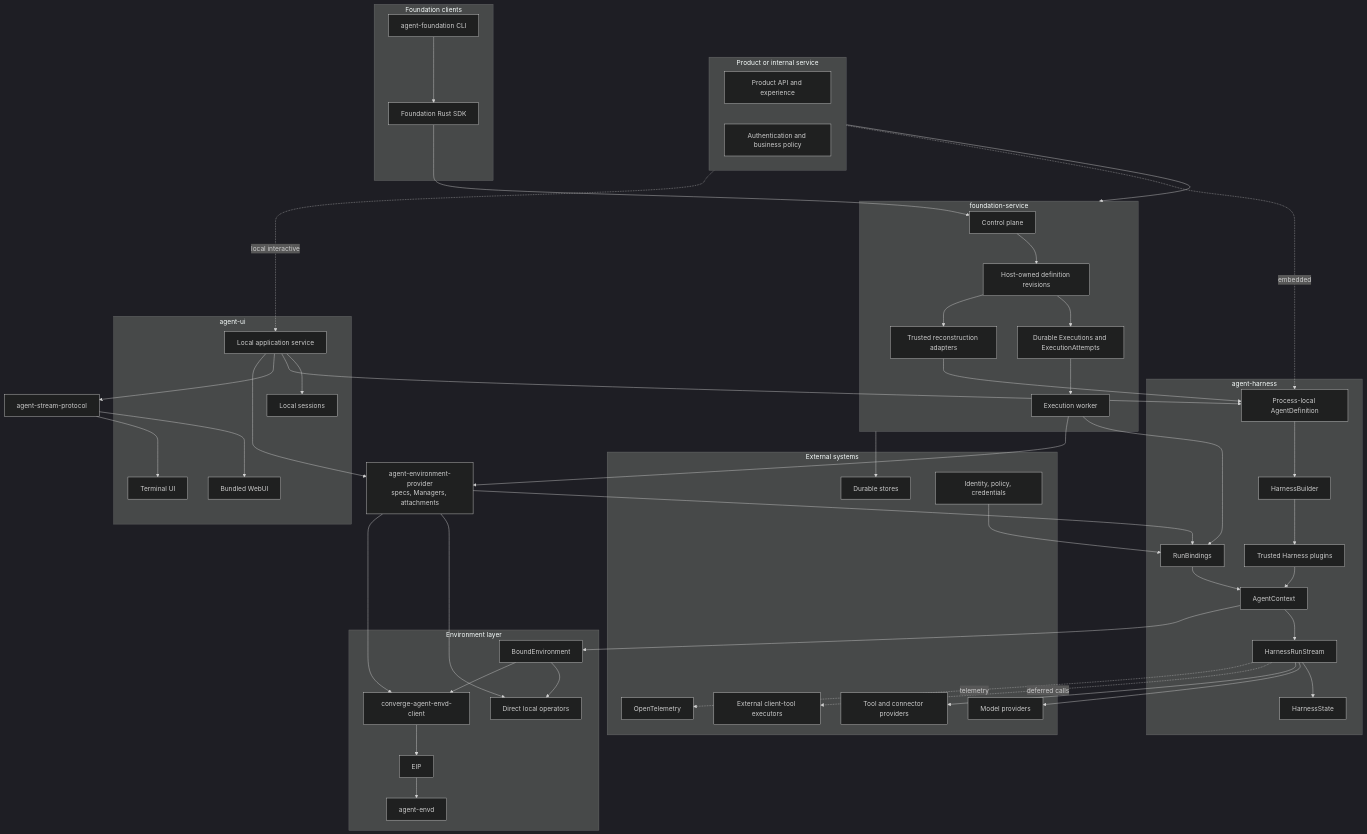
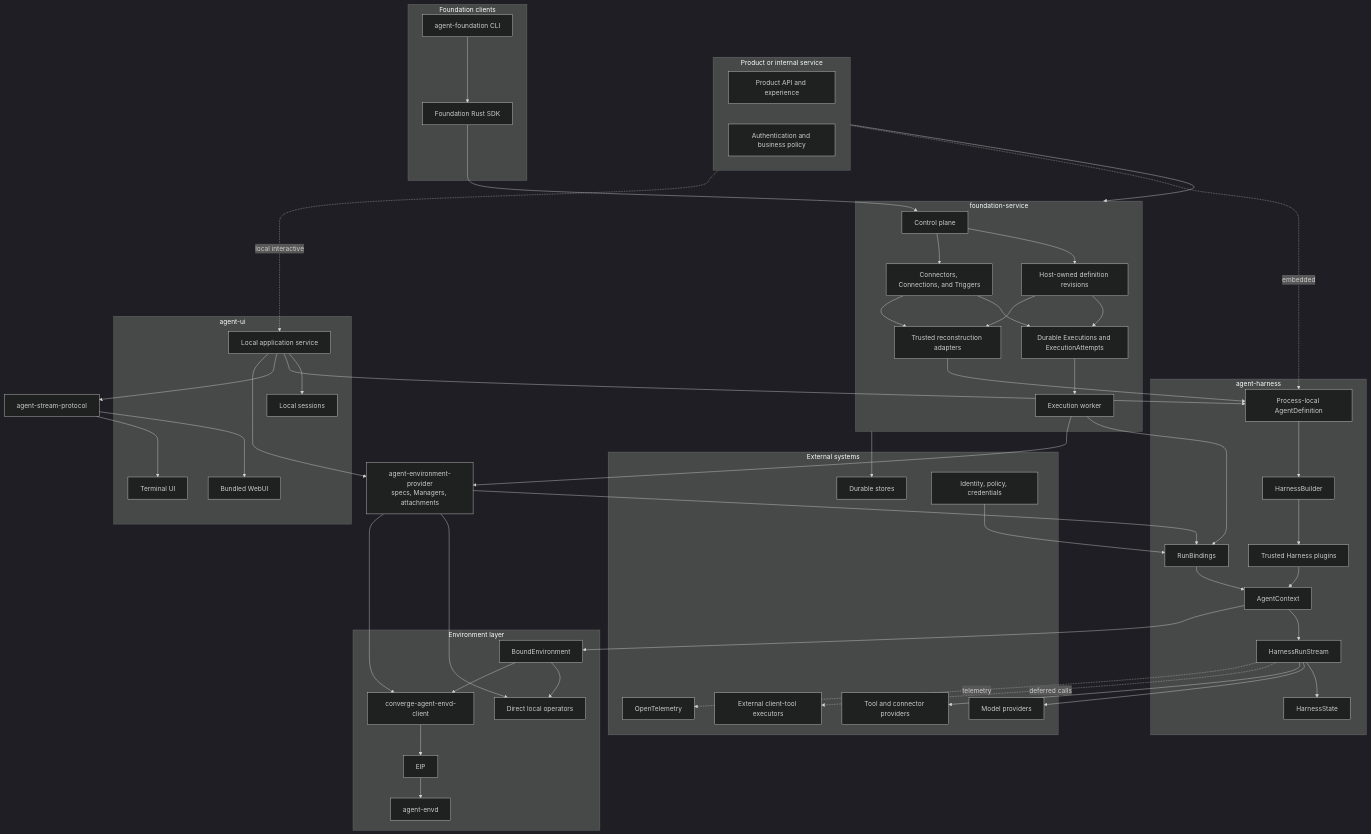
The first of 4 diagrams in spec/README.md (converge-ai-labs/agent-foundation), drawn with Mermaid (dark theme) before and after one commit. The commit also changed other lines of this file and 9 other files, not shown here.

Commit message:
docs(spec): define connectors connections and triggers

```diff
--- a/spec/README.md
+++ b/spec/README.md
@@ -30,6 +30,7 @@
     subgraph Service[foundation-service]
         Control[Control plane]
         Definitions[Host-owned definition revisions]
+        Connectors[Connectors, Connections, and Triggers]
         Lifecycle[Durable Executions and ExecutionAttempts]
         Worker[Execution worker]
         Reconstruct[Trusted reconstruction adapters]
@@ -84,8 +85,9 @@
     AppService --> Sessions
     AppService --> Definition
     AppService --> StreamProtocol --> WebUI & TUI
-    Control --> Definitions --> Lifecycle --> Worker
-    Definitions --> Reconstruct --> Definition
+    Control --> Definitions & Connectors
+    Definitions & Connectors --> Lifecycle --> Worker
+    Definitions & Connectors --> Reconstruct --> Definition
     Definition --> Builder --> Plugins
     Worker --> Bindings
     Identity --> Bindings
```
